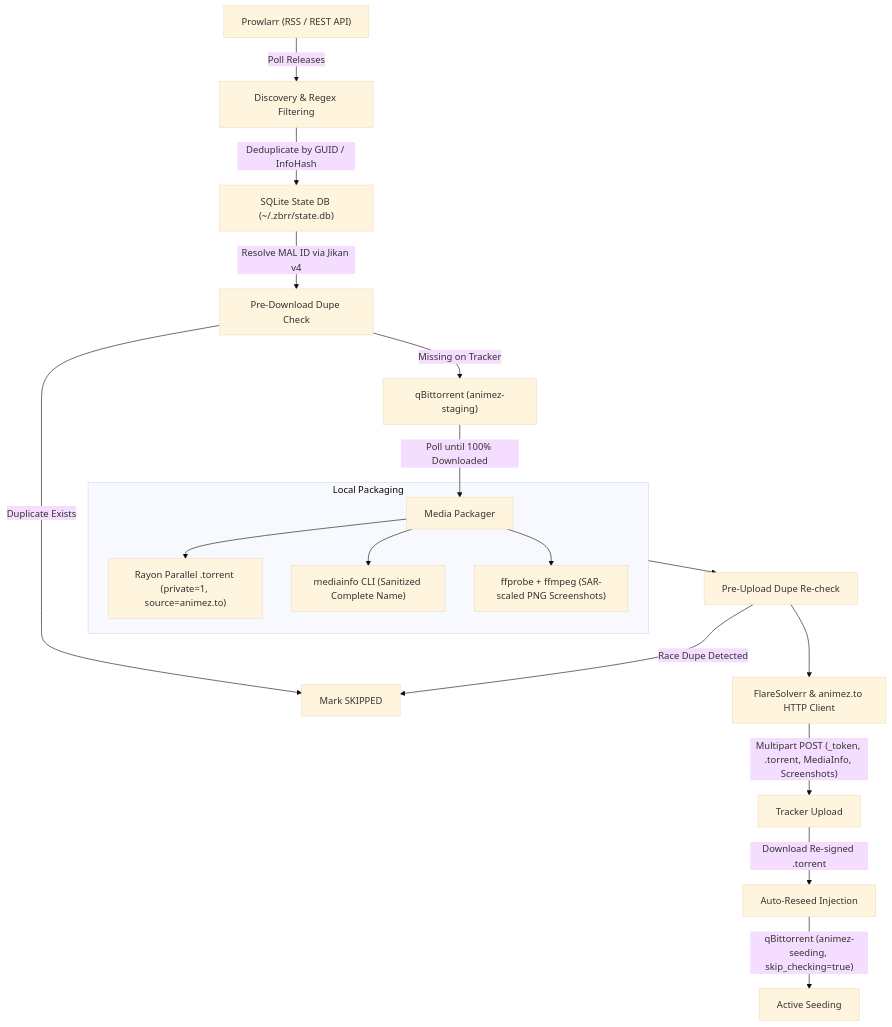
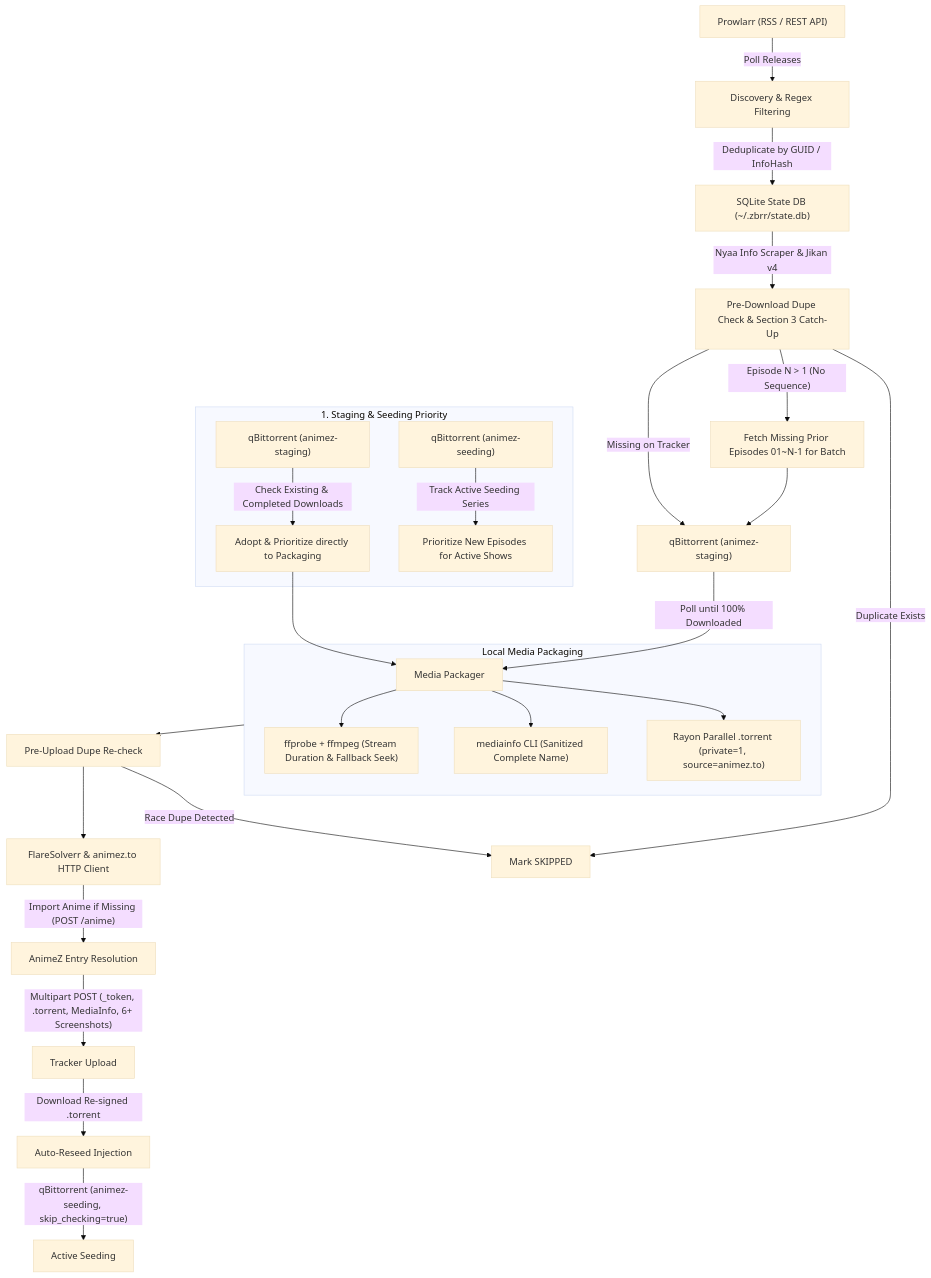
The diagram in README.md (jhnnr/zbrr), drawn with Mermaid (base theme) before and after one commit. The commit also changed other lines of this file and 2 other files, not shown here.

Commit message:
docs: update README, AGENTS, and CLAUDE guides for recent architecture and rules

````diff
--- a/README.md
+++ b/README.md
@@ -22,20 +22,28 @@
 ```mermaid
 flowchart TD
+    subgraph StagingCheck ["1. Staging & Seeding Priority"]
+        S1["qBittorrent (animez-staging)"] -->|"Check Existing & Completed Downloads"| S2["Adopt & Prioritize directly to Packaging"]
+        S3["qBittorrent (animez-seeding)"] -->|"Track Active Seeding Series"| S4["Prioritize New Episodes for Active Shows"]
+    end
     A["Prowlarr (RSS / REST API)"] -->|"Poll Releases"| B["Discovery & Regex Filtering"]
     B -->|"Deduplicate by GUID / InfoHash"| C["SQLite State DB (~/.zbrr/state.db)"]
-    C -->|"Resolve MAL ID via Jikan v4"| D["Pre-Download Dupe Check"]
+    C -->|"Nyaa Info Scraper & Jikan v4"| D["Pre-Download Dupe Check & Section 3 Catch-Up"]
     D -->|"Duplicate Exists"| E["Mark SKIPPED"]
+    D -->|"Episode N > 1 (No Sequence)"| D2["Fetch Missing Prior Episodes 01~N-1 for Batch"]
     D -->|"Missing on Tracker"| F["qBittorrent (animez-staging)"]
+    D2 --> F
     F -->|"Poll until 100% Downloaded"| G["Media Packager"]
-    subgraph Packaging ["Local Packaging"]
+    S2 --> G
+    subgraph Packaging ["Local Media Packaging"]
         G --> H["Rayon Parallel .torrent (private=1, source=animez.to)"]
         G --> I["mediainfo CLI (Sanitized Complete Name)"]
-        G --> J["ffprobe + ffmpeg (SAR-scaled PNG Screenshots)"]
+        G --> J["ffprobe + ffmpeg (Stream Duration & Fallback Seek)"]
     end
     Packaging --> K["Pre-Upload Dupe Re-check"]
     K -->|"Race Dupe Detected"| E
     K --> L["FlareSolverr & animez.to HTTP Client"]
-    L -->|"Multipart POST (_token, .torrent, MediaInfo, Screenshots)"| M["Tracker Upload"]
+    L -->|"Import Anime if Missing (POST /anime)"| L2["AnimeZ Entry Resolution"]
+    L2 -->|"Multipart POST (_token, .torrent, MediaInfo, 6+ Screenshots)"| M["Tracker Upload"]
     M -->|"Download Re-signed .torrent"| N["Auto-Reseed Injection"]
     N -->|"qBittorrent (animez-seeding, skip_checking=true)"| O["Active Seeding"]
 ```
````
